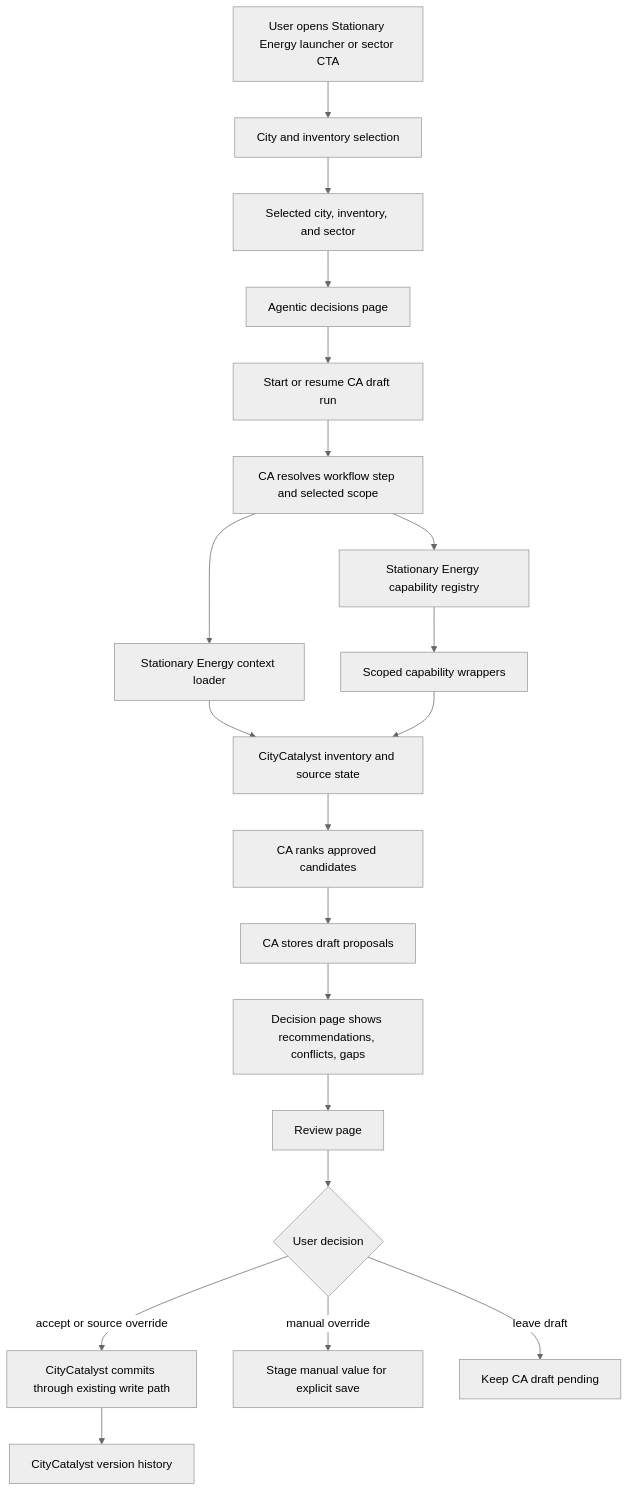
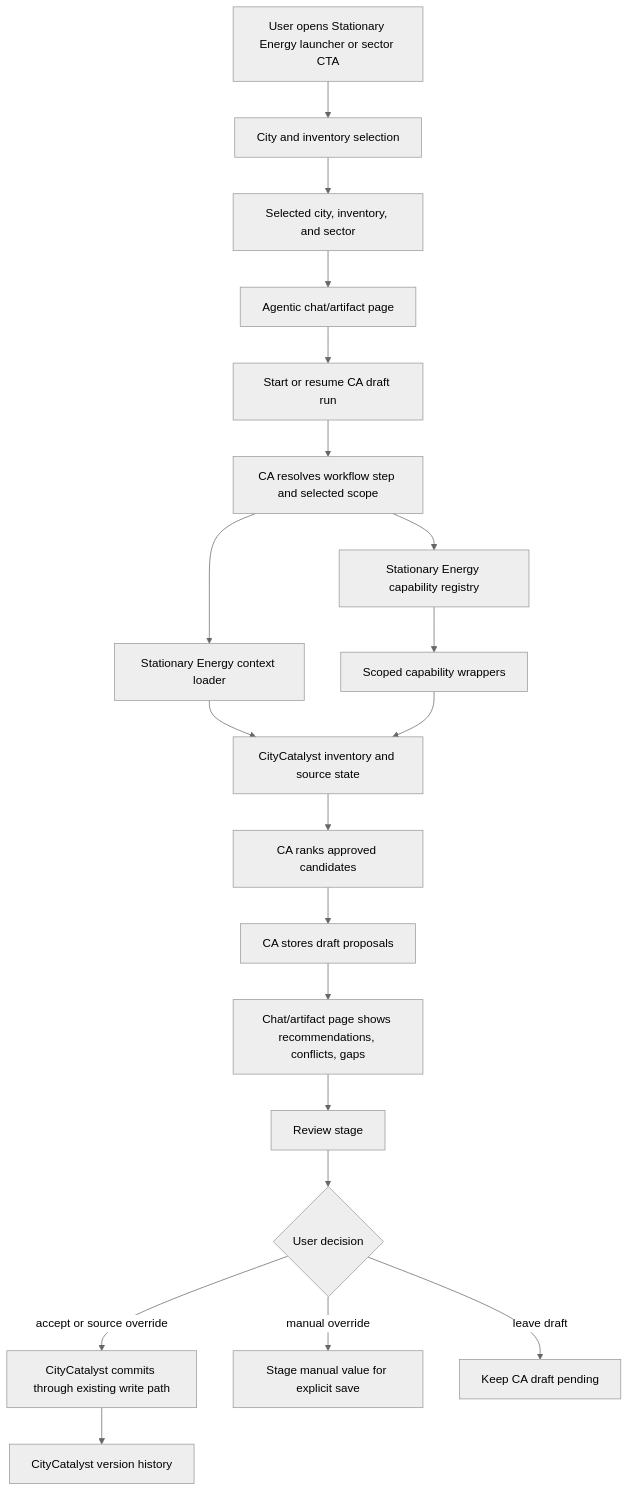
The fifth of 6 diagrams in docs/plan.md (Open-Earth-Foundation/CityCatalyst), drawn with Mermaid (neutral theme) before and after one commit. The commit also changed other lines of this file and 33 other files, not shown here.

````diff
--- a/docs/plan.md
+++ b/docs/plan.md
@@ -660,22 +679,22 @@
 ```mermaid
 flowchart TD
   User["User opens Stationary Energy launcher or sector CTA"] --> Selector["City and inventory selection"]
   Selector --> ChosenScope["Selected city, inventory, and sector"]
-  ChosenScope --> CCPage["Agentic decisions page"]
+  ChosenScope --> CCPage["Agentic chat/artifact page"]
   CCPage --> CAStart["Start or resume CA draft run"]
   CAStart --> CAResolve["CA resolves workflow step and selected scope"]
   CAResolve --> Registry["Stationary Energy capability registry"]
   CAResolve --> Loader["Stationary Energy context loader"]
   Registry --> Wrappers["Scoped capability wrappers"]
   Loader --> CCState["CityCatalyst inventory and source state"]
   Wrappers --> CCState
   CCState --> CADecide["CA ranks approved candidates"]
   CADecide --> CADrafts["CA stores draft proposals"]
-  CADrafts --> DecisionsPage["Decision page shows recommendations, conflicts, gaps"]
-  DecisionsPage --> ReviewPage["Review page"]
-  ReviewPage --> UserDecision{"User decision"}
+  CADrafts --> FlowPage["Chat/artifact page shows recommendations, conflicts, gaps"]
+  FlowPage --> ReviewStage["Review stage"]
+  ReviewStage --> UserDecision{"User decision"}
   UserDecision -->|accept or source override| CCCommit["CityCatalyst commits through existing write path"]
   UserDecision -->|manual override| ManualStage["Stage manual value for explicit save"]
   UserDecision -->|leave draft| KeepDraft["Keep CA draft pending"]
   CCCommit --> VersionHistory["CityCatalyst version history"]
 ```
````
